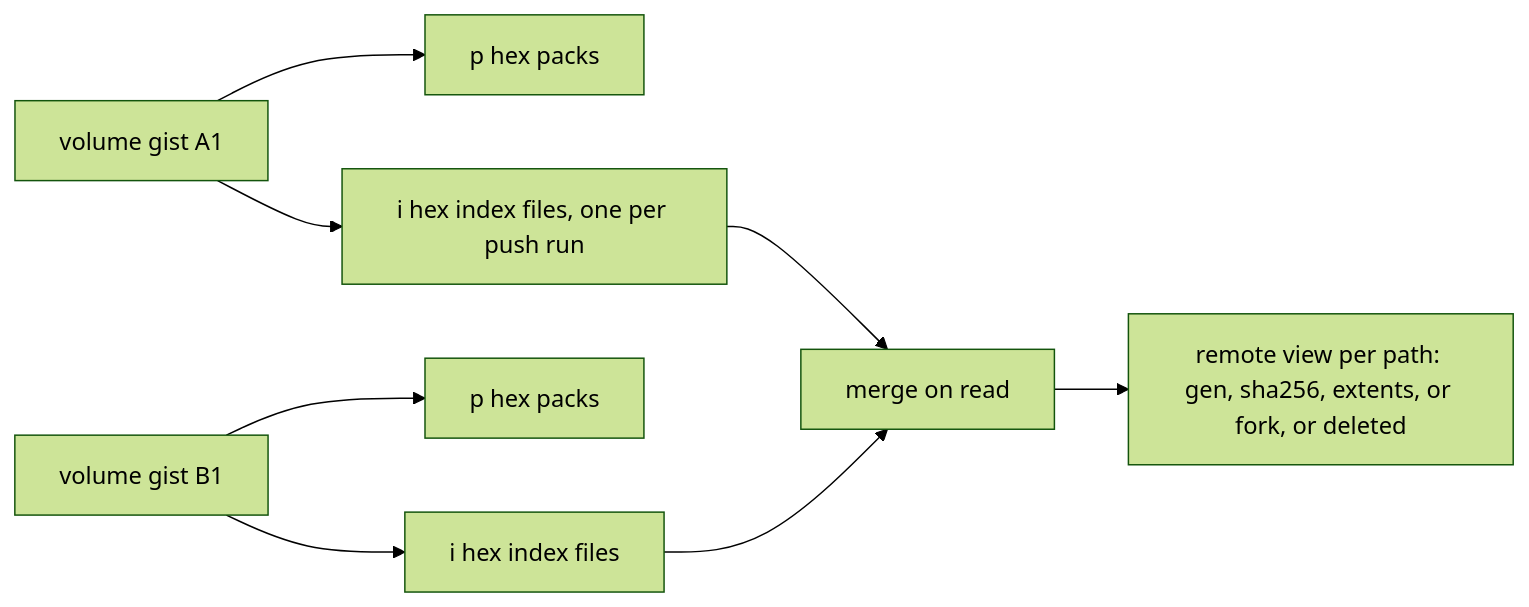
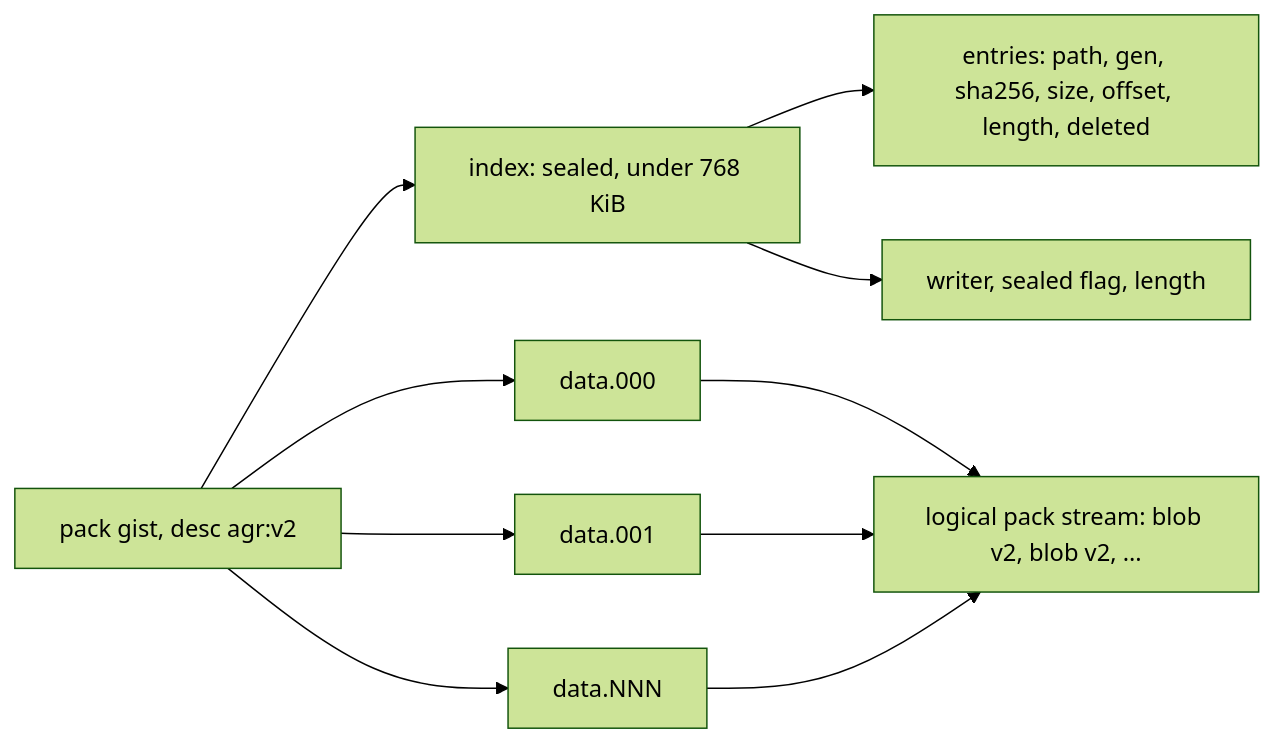
One commit to thiscantbeserious/agent-session-recorder changed the seventh of 10 diagrams in .state/feature-sync-gist/ADR.md. Above: the diagram before and after it, drawn with Mermaid (forest theme). The commit also changed other lines of this file, not shown here.

Commit message:
docs(docs): pack layer ADR reworked to one gist per pack, append-only open pack and index per pack

````diff
--- a/.state/feature-sync-gist/ADR.md
+++ b/.state/feature-sync-gist/ADR.md
@@ -1409,10 +1391,12 @@
 ```mermaid
 flowchart LR
-    v1[volume gist A1] --> pA[p hex packs]
-    v1 --> iA[i hex index files, one per push run]
-    v2[volume gist B1] --> pB[p hex packs]
-    v2 --> iB[i hex index files]
-    iA --> merge[merge on read]
-    iB --> merge
-    merge --> view[remote view per path: gen, sha256, extents, or fork, or deleted]
+    gist[pack gist, desc agr:v2] --> idx[index: sealed, under 768 KiB]
+    gist --> d0[data.000]
+    gist --> d1[data.001]
+    gist --> dn[data.NNN]
+    d0 --> stream[logical pack stream: blob v2, blob v2, ...]
+    d1 --> stream
+    dn --> stream
+    idx --> entries[entries: path, gen, sha256, size, offset, length, deleted]
+    idx --> meta[writer, sealed flag, length]
 ```
````
